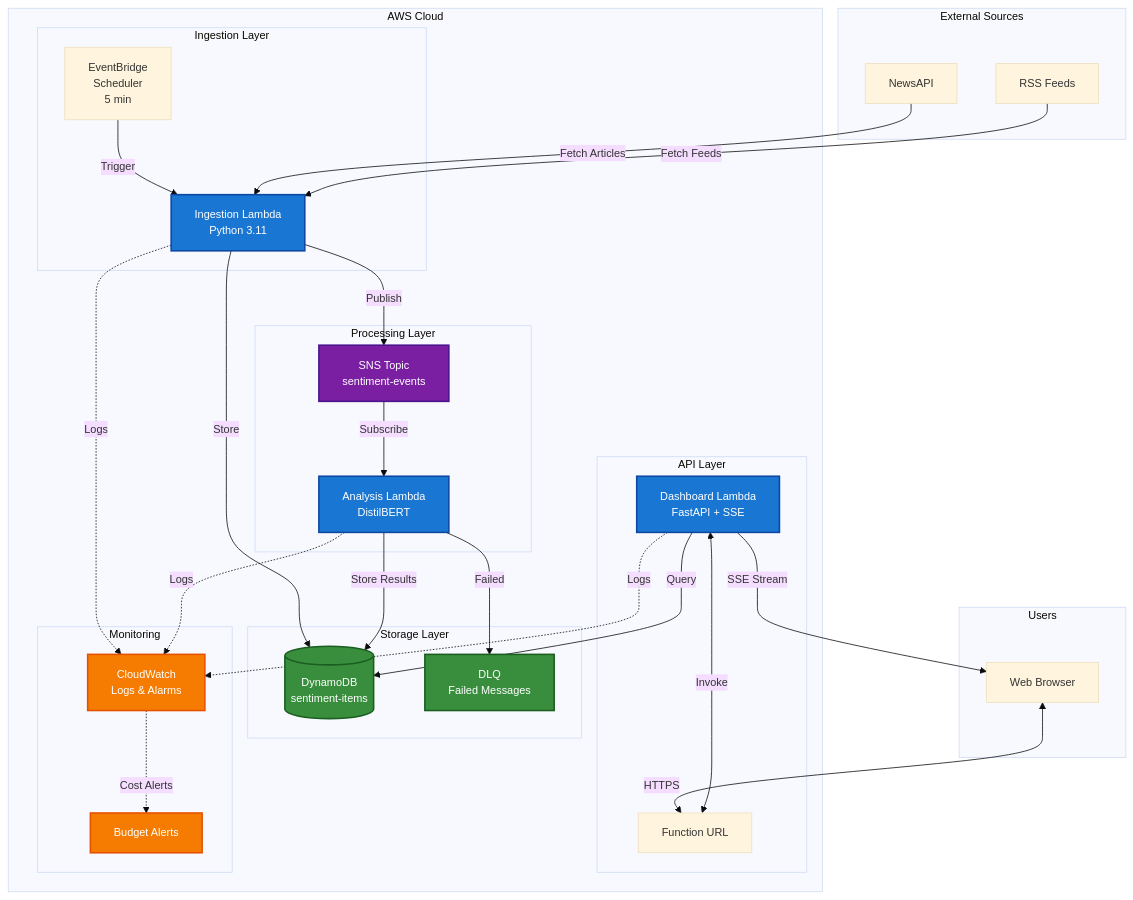
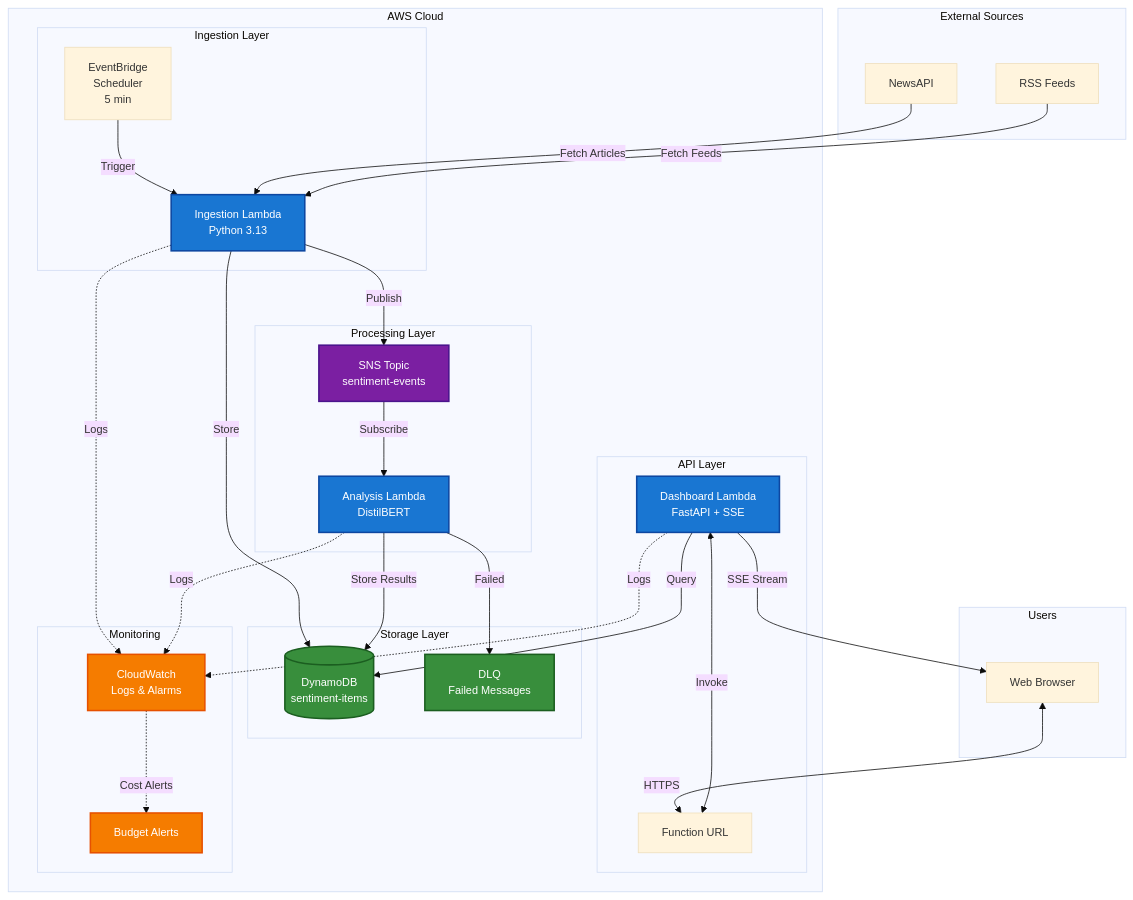
Before and after one commit to traylorre/sentiment-analyzer-gsk: the second of 4 diagrams in README.md, drawn with Mermaid. The commit also changed other lines of this file and 14 other files, not shown here.

````diff
--- a/README.md
+++ b/README.md
@@ -164,71 +164,71 @@
 ```mermaid
 %%{init: {'theme':'base', 'themeVariables': {'fontSize':'14px'}}}%%
 graph TB
     subgraph "External Sources"
         NewsAPI[NewsAPI]
         RSS[RSS Feeds]
     end
 
     subgraph "AWS Cloud"
         subgraph "Ingestion Layer"
             EB[EventBridge<br/>Scheduler<br/>5 min]
-            Ingestion[Ingestion Lambda<br/>Python 3.11]
+            Ingestion[Ingestion Lambda<br/>Python 3.13]
         end
 
         subgraph "Processing Layer"
             SNS[SNS Topic<br/>sentiment-events]
             Analysis[Analysis Lambda<br/>DistilBERT]
         end
 
         subgraph "API Layer"
             Dashboard[Dashboard Lambda<br/>FastAPI + SSE]
             FnURL[Function URL]
         end
 
         subgraph "Storage Layer"
             DDB[(DynamoDB<br/>sentiment-items)]
             DLQ[DLQ<br/>Failed Messages]
         end
 
         subgraph "Monitoring"
             CW[CloudWatch<br/>Logs & Alarms]
             Budget[Budget Alerts]
         end
     end
 
     subgraph "Users"
         Browser[Web Browser]
     end
 
     EB -->|Trigger| Ingestion
     NewsAPI -->|Fetch Articles| Ingestion
     RSS -->|Fetch Feeds| Ingestion
 
     Ingestion -->|Publish| SNS
     Ingestion -->|Store| DDB
 
     SNS -->|Subscribe| Analysis
     Analysis -->|Store Results| DDB
     Analysis -->|Failed| DLQ
 
     Browser <-->|HTTPS| FnURL
     FnURL <-->|Invoke| Dashboard
     Dashboard -->|Query| DDB
     Dashboard -->|SSE Stream| Browser
 
     Ingestion -.->|Logs| CW
     Analysis -.->|Logs| CW
     Dashboard -.->|Logs| CW
 
     CW -.->|Cost Alerts| Budget
 
     classDef lambdaStyle fill:#1976d2,stroke:#0d47a1,stroke-width:2px,color:#fff
     classDef storageStyle fill:#388e3c,stroke:#1b5e20,stroke-width:2px,color:#fff
     classDef messagingStyle fill:#7b1fa2,stroke:#4a148c,stroke-width:2px,color:#fff
     classDef monitoringStyle fill:#f57c00,stroke:#e65100,stroke-width:2px,color:#fff
 
     class Ingestion,Analysis,Dashboard lambdaStyle
     class DDB,DLQ storageStyle
     class SNS messagingStyle
     class CW,Budget monitoringStyle
 ```
````
